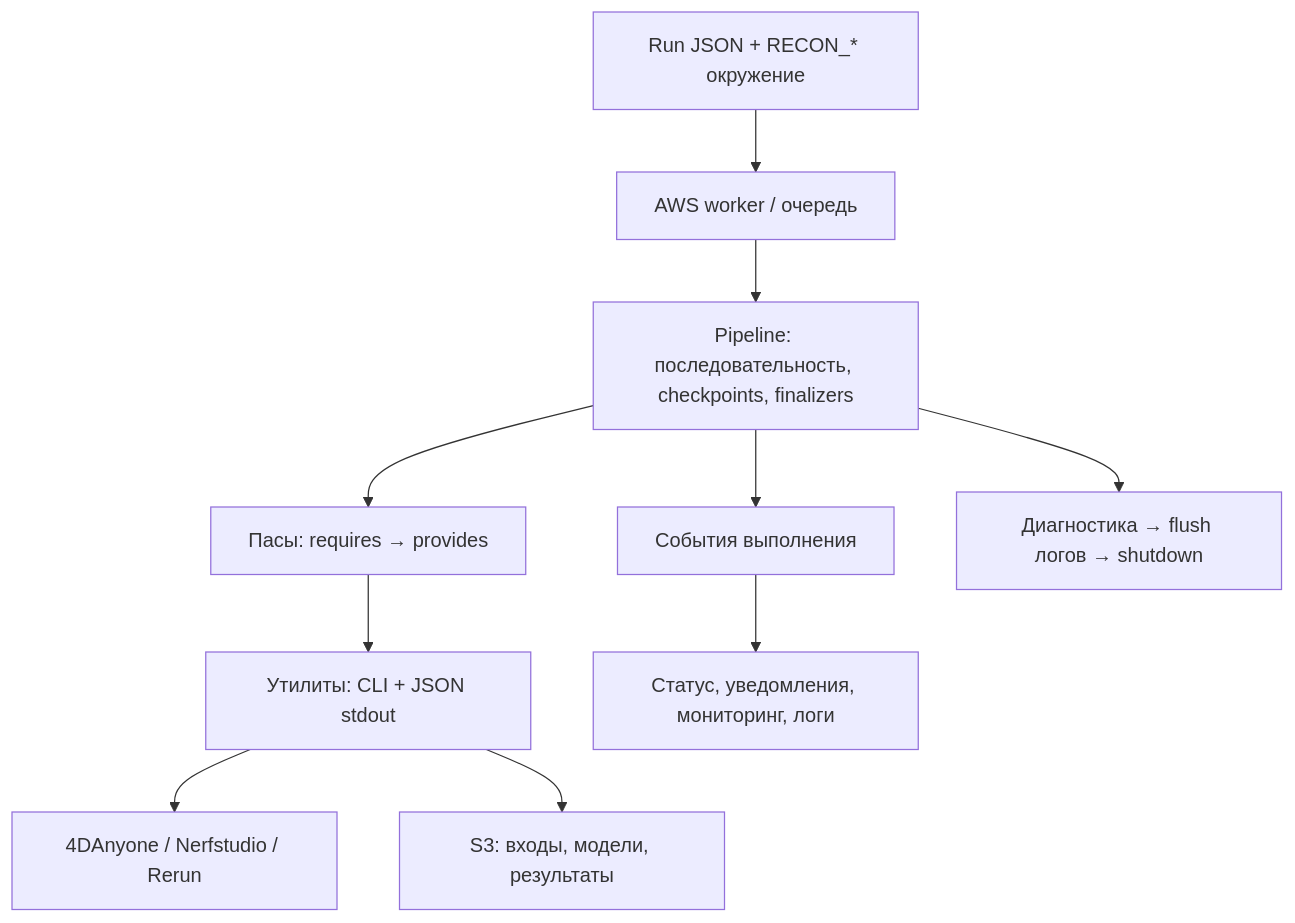
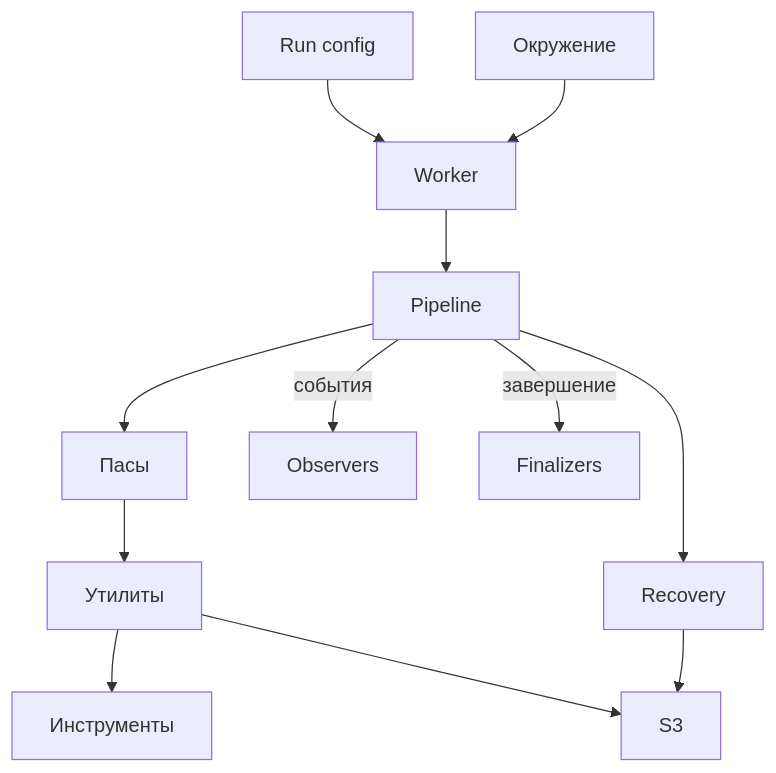
One commit to vinneyto/4da_3dgs_pipeline changed the diagram in docs/guide/architecture.md. Above: the diagram before and after it, drawn with Mermaid. The commit also changed other lines of this file and 4 other files, not shown here.

Commit message:
docs: make pipeline diagrams readable and consistent

````diff
--- a/docs/guide/architecture.md
+++ b/docs/guide/architecture.md
@@ -7,12 +9,14 @@
 ```mermaid
 flowchart TD
-  Config["Run JSON + RECON_* окружение"] --> Worker["AWS worker / очередь"]
-  Worker --> Core["Pipeline: последовательность, checkpoints, finalizers"]
-  Core --> Passes["Пасы: requires → provides"]
-  Passes --> Utility["Утилиты: CLI + JSON stdout"]
-  Utility --> Tools["4DAnyone / Nerfstudio / Rerun"]
-  Utility --> S3["S3: входы, модели, результаты"]
-  Core --> Events["События выполнения"]
-  Events --> Observers["Статус, уведомления, мониторинг, логи"]
-  Core --> Finalizers["Диагностика → flush логов → shutdown"]
+  Config["Run config"] --> Worker["Worker"]
+  Environment["Окружение"] --> Worker
+  Worker --> Core["Pipeline"]
+  Core --> Passes["Пасы"]
+  Passes --> Utility["Утилиты"]
+  Utility --> Tools["Инструменты"]
+  Utility --> S3["S3"]
+  Core --> Recovery["Recovery"]
+  Recovery --> S3
+  Core -->|события| Observers["Observers"]
+  Core -->|завершение| Finalizers["Finalizers"]
 ```
````
